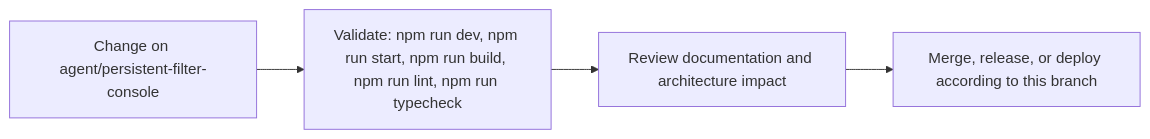
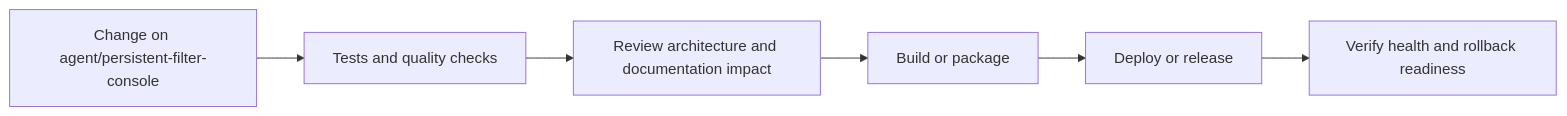
Before and after one commit to Nischhalsubba/BindForge-NW: the fourth of 5 diagrams in README.md, drawn with Mermaid. The commit also changed other lines of this file, not shown here.

````diff
--- a/README.md
+++ b/README.md
@@ -72,8 +150,8 @@
 ```mermaid
 flowchart LR
-    CHANGE["Change on agent/persistent-filter-console"]
-    CHECK["Validate: npm run dev, npm run start, npm run build, npm run lint, npm run typecheck"]
-    REVIEW["Review documentation and architecture impact"]
-    RELEASE["Merge, release, or deploy according to this branch"]
-    CHANGE --> CHECK --> REVIEW --> RELEASE
+    CHANGE["Change on agent/persistent-filter-console"] --> CHECK["Tests and quality checks"]
+    CHECK --> REVIEW["Review architecture and documentation impact"]
+    REVIEW --> BUILD["Build or package"]
+    BUILD --> DEPLOY["Deploy or release"]
+    DEPLOY --> VERIFY["Verify health and rollback readiness"]
 ```
````
